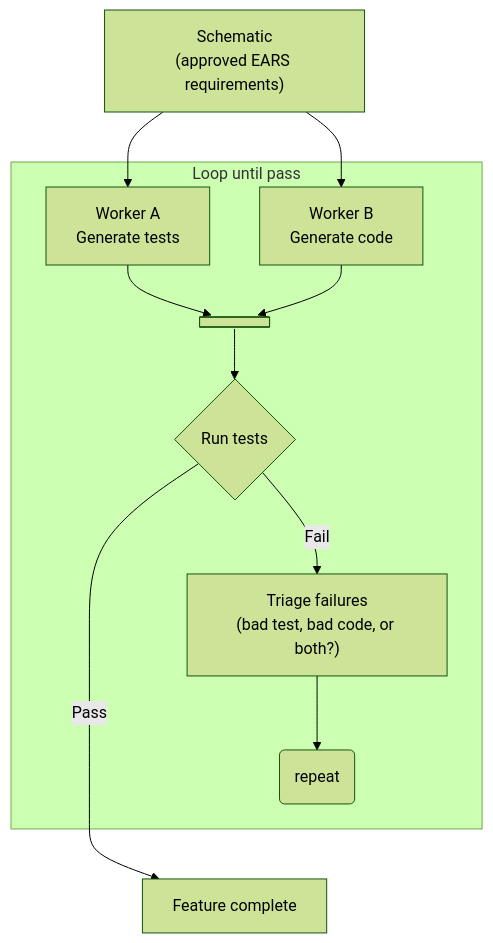
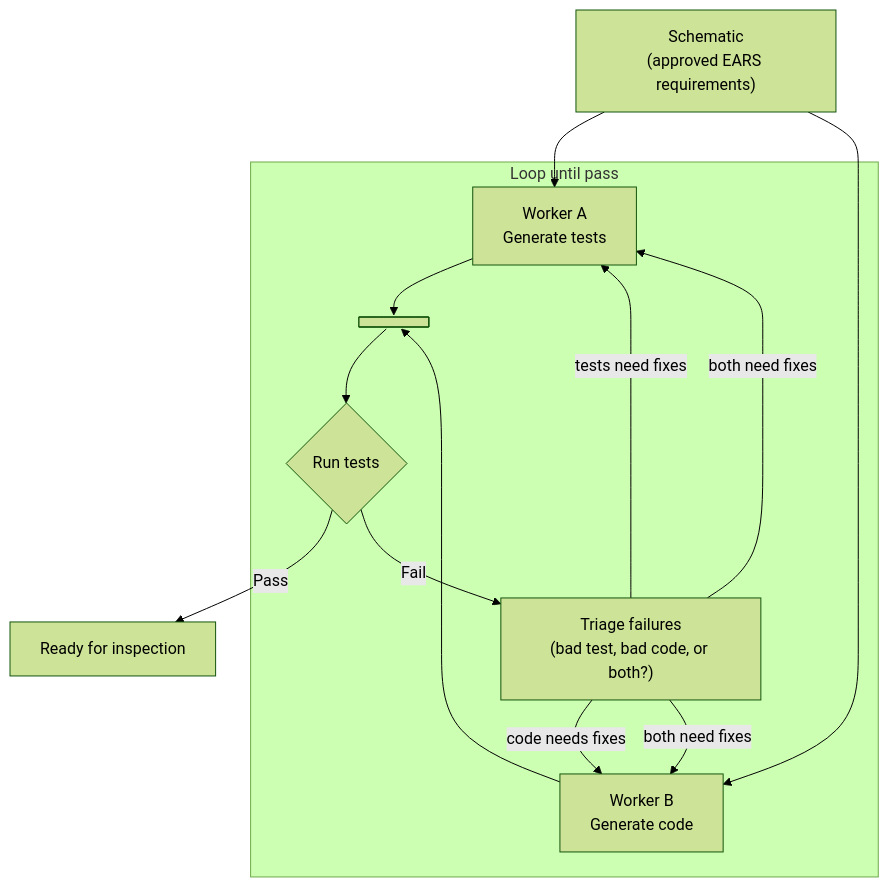
One commit to JohnStrunk/ProtoBot changed the fifth of 10 diagrams in docs/architecture/user-interaction-flow.md. Above: the diagram before and after it, drawn with Mermaid (forest theme). The commit also changed other lines of this file and 4 other files, not shown here.

Commit message:
Revise architecture from PR feedback

````diff
--- a/docs/architecture/user-interaction-flow.md
+++ b/docs/architecture/user-interaction-flow.md
@@ -279,23 +368,24 @@
 ```mermaid
 flowchart TD
     E["Schematic<br/>(approved EARS requirements)"]
     subgraph "Loop until pass"
         TA["Worker A<br/>Generate tests"]
         TB["Worker B<br/>Generate code"]
         M@{ shape: fork, label: "Merge tests + code" }
         R{"Run tests"}
         T["Triage failures<br/>(bad test, bad code, or both?)"]
-        AGAIN("repeat")
     end
-    Done["Feature complete"]
+    Done["Ready for inspection"]
 
     E --> TA
     E --> TB
     TA --> M
     TB --> M
     M --> R
     R -- Pass --> Done
     R -- Fail --> T
-    T --> AGAIN
-    AGAIN ~~~ Done
+    T -- "tests need fixes" --> TA
+    T -- "code needs fixes" --> TB
+    T -- "both need fixes" --> TA
+    T -- "both need fixes" --> TB
 ```
````
